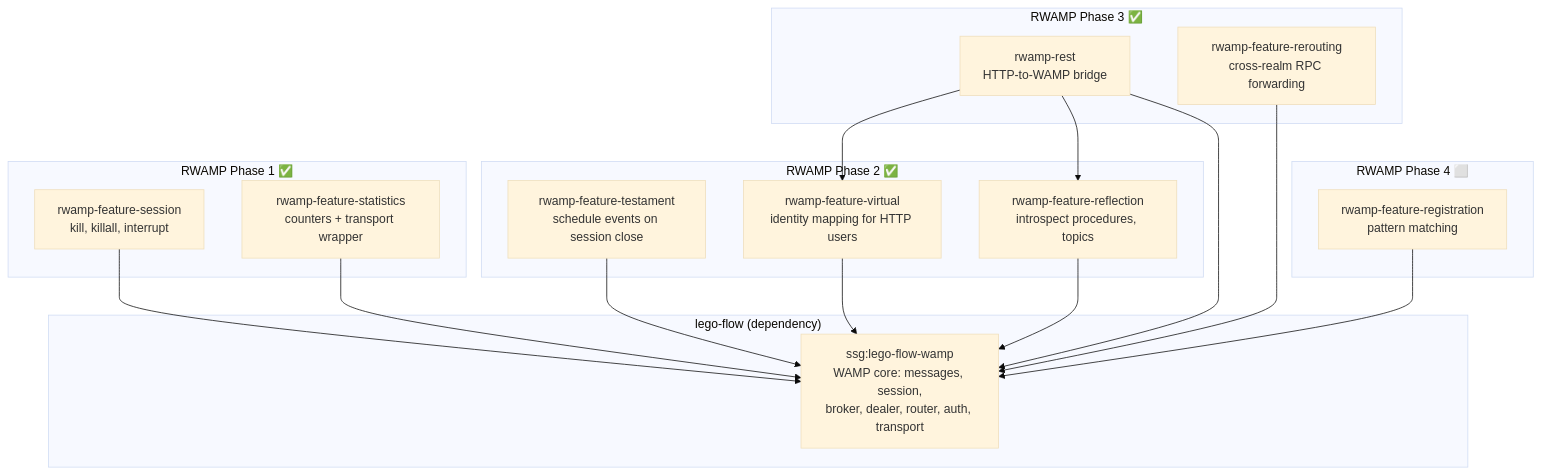
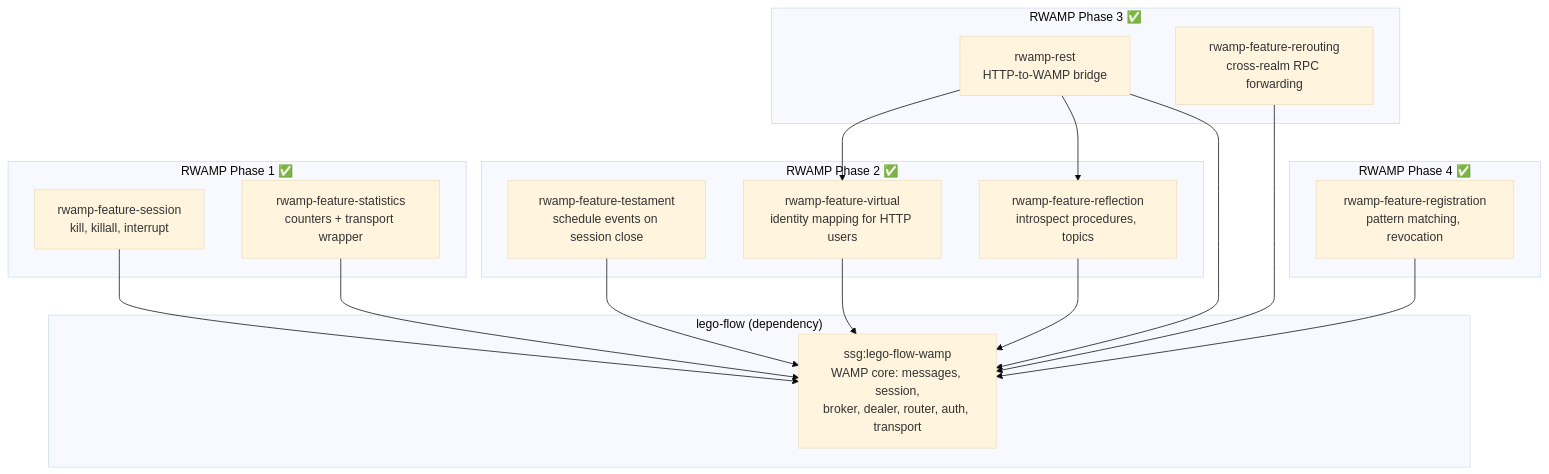
The diagram in README.md (000ssg/RWAMP), drawn with Mermaid (base theme) before and after one commit. The commit also changed other lines of this file and 16 other files, not shown here.

First line of the commit message:
Phase 4: Pattern Registration & Meta API

````diff
--- a/README.md
+++ b/README.md
@@ -28,37 +28,37 @@
 ```mermaid
 graph TD
     subgraph "lego-flow (dependency)"
         LF["ssg:lego-flow-wamp<br/>WAMP core: messages, session,<br/>broker, dealer, router, auth, transport"]
     end
 
     subgraph "RWAMP Phase 1 ✅"
         S["rwamp-feature-session<br/>kill, killall, interrupt"]
         ST["rwamp-feature-statistics<br/>counters + transport wrapper"]
     end
 
     subgraph "RWAMP Phase 2 ✅"
         T["rwamp-feature-testament<br/>schedule events on session close"]
         V["rwamp-feature-virtual<br/>identity mapping for HTTP users"]
         R["rwamp-feature-reflection<br/>introspect procedures, topics"]
     end
 
     subgraph "RWAMP Phase 3 ✅"
         REST["rwamp-rest<br/>HTTP-to-WAMP bridge"]
         RR["rwamp-feature-rerouting<br/>cross-realm RPC forwarding"]
     end
 
-    subgraph "RWAMP Phase 4 ⬜"
-        RG["rwamp-feature-registration<br/>pattern matching"]
+    subgraph "RWAMP Phase 4 ✅"
+        RG["rwamp-feature-registration<br/>pattern matching, revocation"]
     end
 
     S --> LF
     ST --> LF
     T --> LF
     V --> LF
     R --> LF
     REST --> LF
     REST --> V
     REST --> R
     RR --> LF
     RG --> LF
 ```
````
